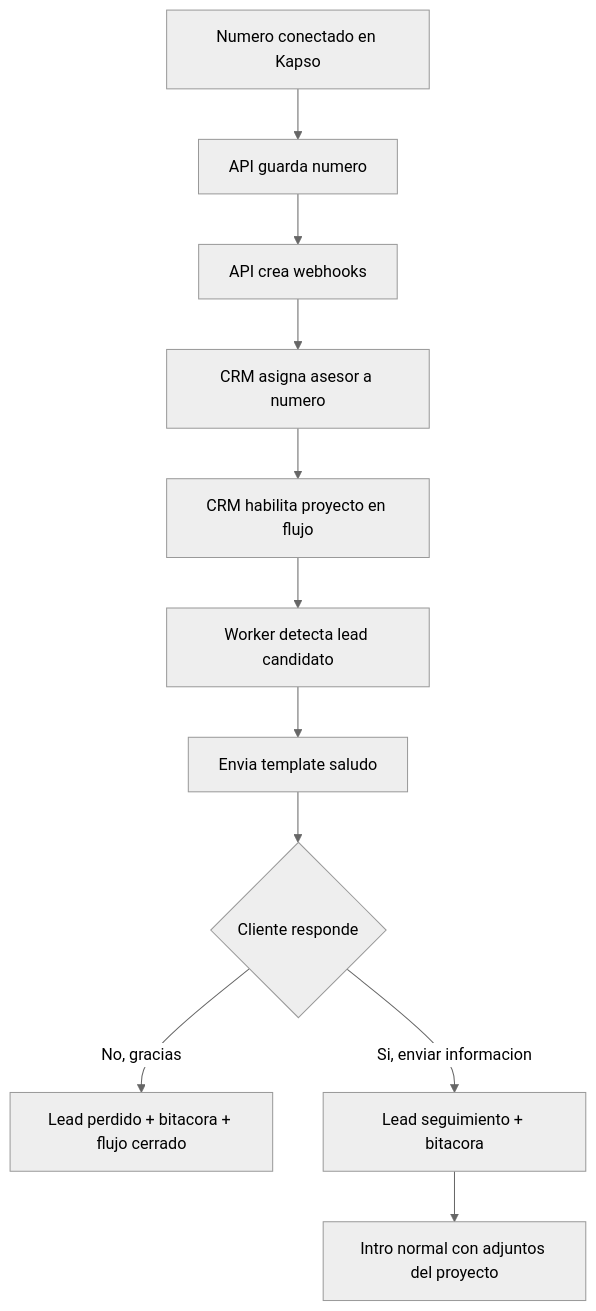
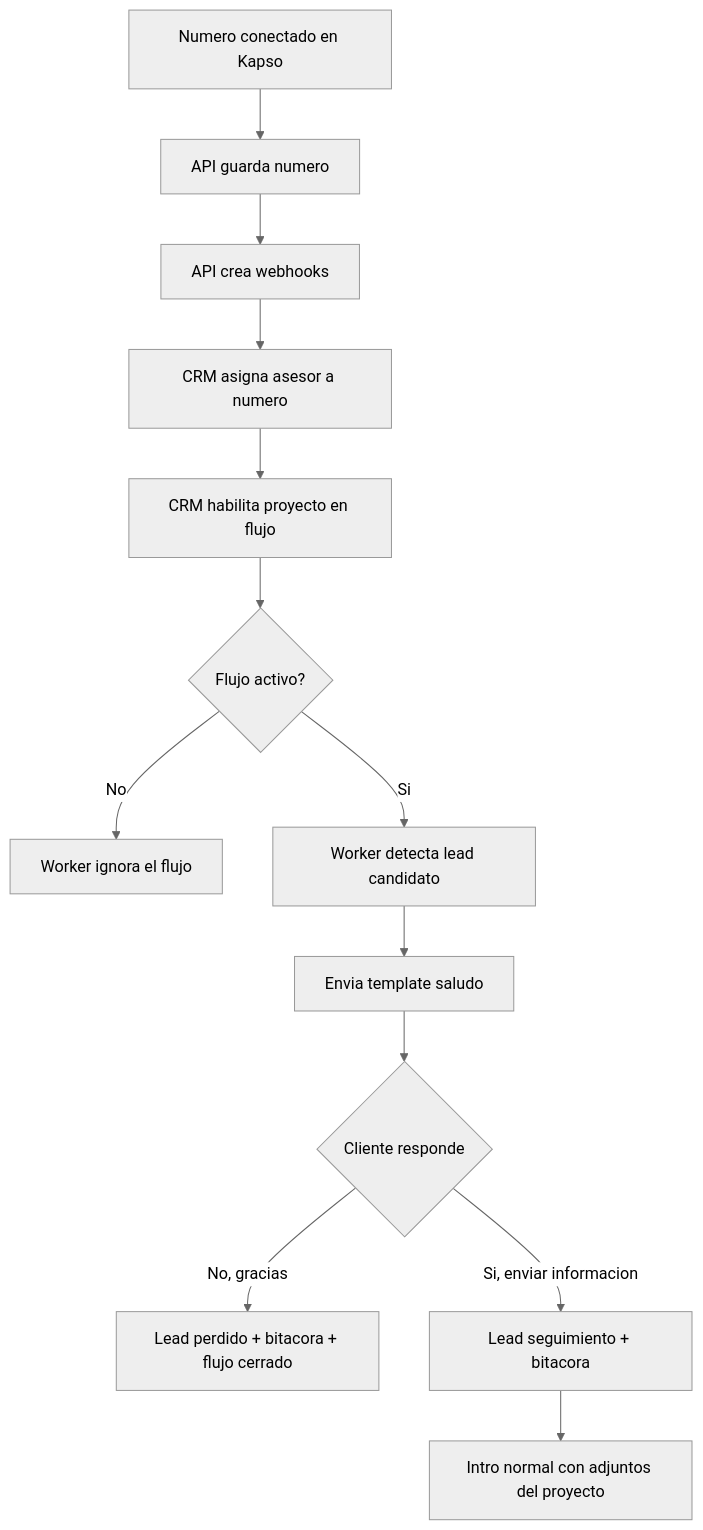
One commit to roccacr/CRM_VENTAS changed the first of 18 diagrams in README.md. Above: the diagram before and after it, drawn with Mermaid (neutral theme). The commit also changed other lines of this file and 71 other files, not shown here.

````diff
--- a/README.md
+++ b/README.md
@@ -42,13 +47,15 @@
 ```mermaid
 flowchart TD
   A["Numero conectado en Kapso"] --> B["API guarda numero"]
   B --> C["API crea webhooks"]
   C --> D["CRM asigna asesor a numero"]
   D --> E["CRM habilita proyecto en flujo"]
-  E --> F["Worker detecta lead candidato"]
+  E --> EA{"Flujo activo?"}
+  EA -- "No" --> EZ["Worker ignora el flujo"]
+  EA -- "Si" --> F["Worker detecta lead candidato"]
   F --> G["Envia template saludo"]
   G --> H{"Cliente responde"}
   H -- "No, gracias" --> I["Lead perdido + bitacora + flujo cerrado"]
   H -- "Si, enviar informacion" --> J["Lead seguimiento + bitacora"]
   J --> K["Intro normal con adjuntos del proyecto"]
 ```
````
